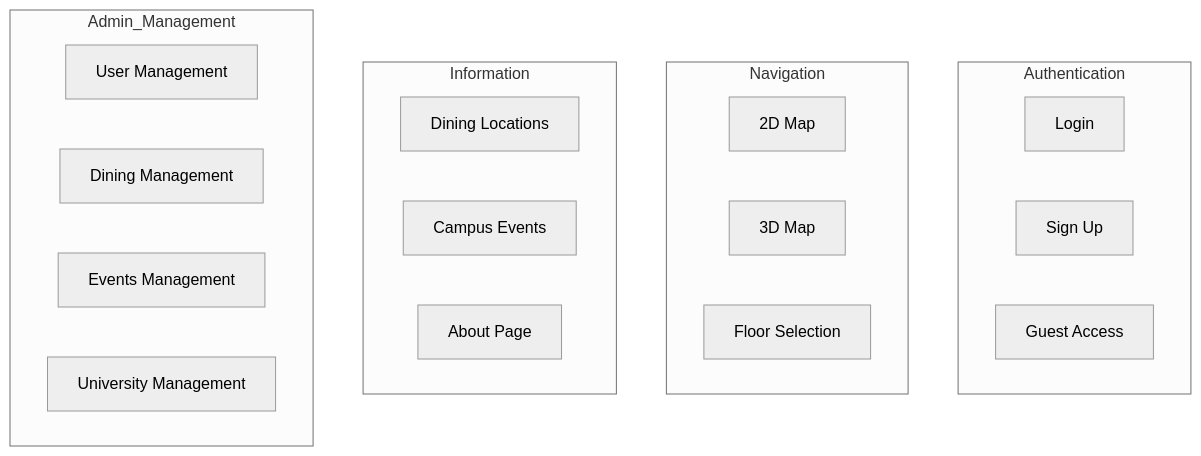
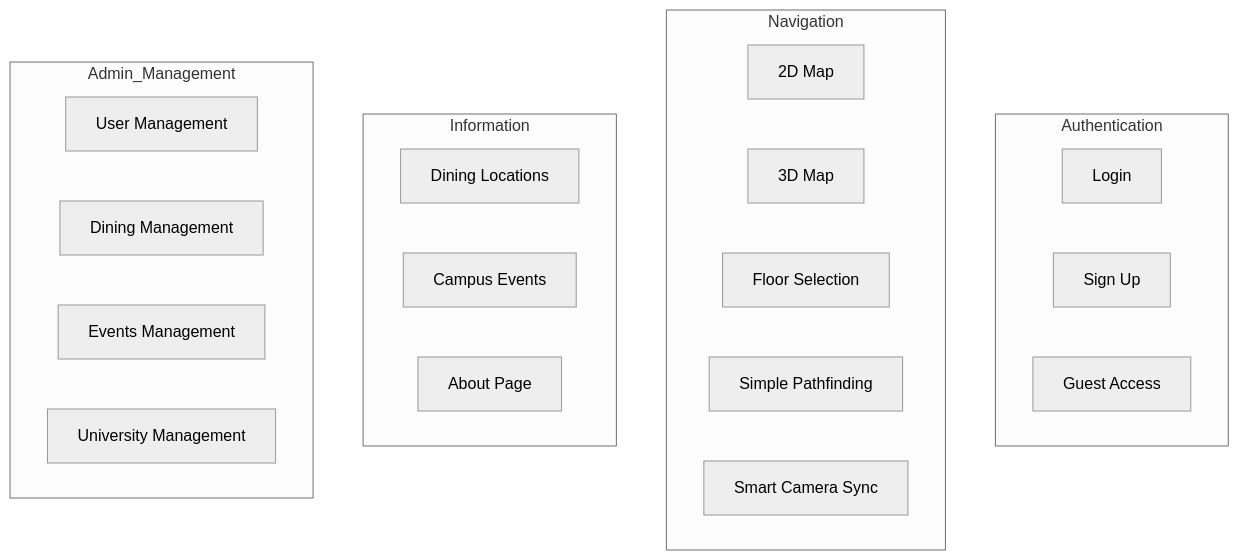
Before and after one commit to KabbalahTreeofLife/U-Nav: the third of 7 diagrams in ARCHITECTURE.md, drawn with Mermaid (neutral theme). The commit also changed other lines of this file and 43 other files, not shown here.

````diff
--- a/ARCHITECTURE.md
+++ b/ARCHITECTURE.md
@@ -108,27 +110,29 @@
 ```mermaid
 flowchart TB
     subgraph Authentication
         A1[Login]
         A2[Sign Up]
         A3[Guest Access]
     end
 
     subgraph Navigation
         N1[2D Map]
         N2[3D Map]
         N3[Floor Selection]
+        N4[Simple Pathfinding]
+        N5[Smart Camera Sync]
     end
 
     subgraph Information
         I1[Dining Locations]
         I2[Campus Events]
         I3[About Page]
     end
 
     subgraph Admin_Management
         AM1[User Management]
         AM2[Dining Management]
         AM3[Events Management]
         AM4[University Management]
     end
 ```
````
